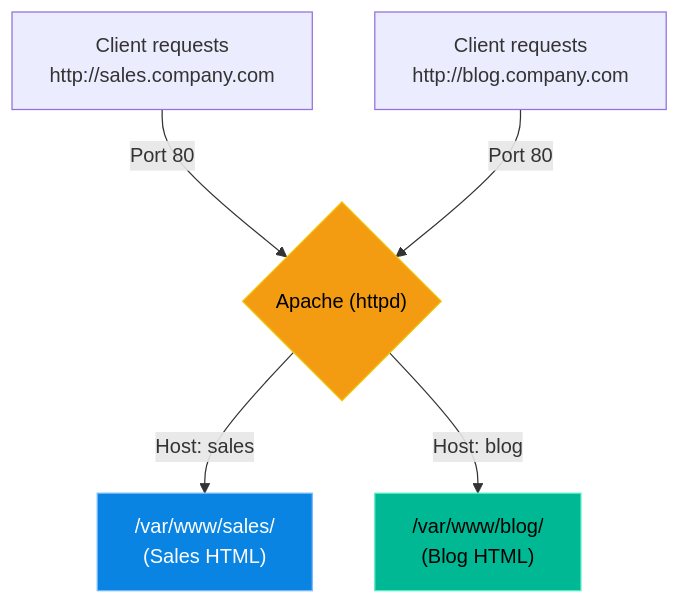
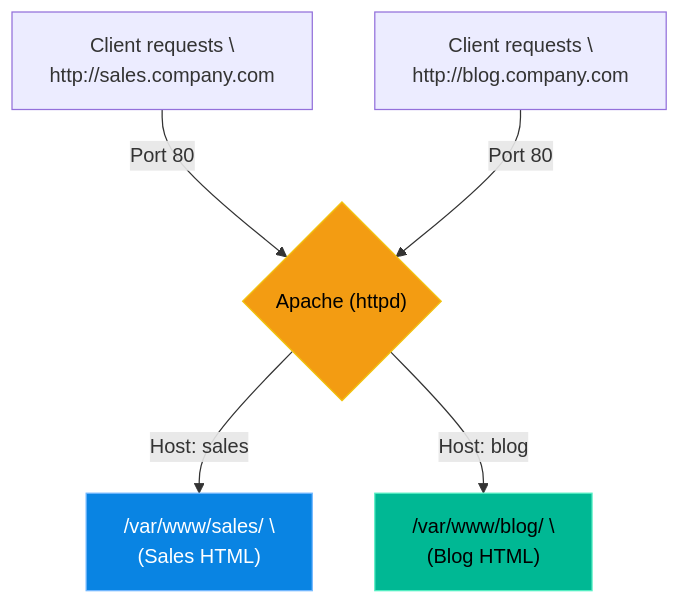
The diagram in volumes/volume-03-enterprise-linux-services/chapters/V3-C02-deploying-apache.md (laxya911/linux-support-engineer-master-handbook), drawn with Mermaid before and after one commit. The commit also changed other lines of this file and 24 other files, not shown here.

````diff
--- a/volumes/volume-03-enterprise-linux-services/chapters/V3-C02-deploying-apache.md
+++ b/volumes/volume-03-enterprise-linux-services/chapters/V3-C02-deploying-apache.md
@@ -41,12 +40,12 @@
 ```mermaid
 flowchart TD
-    A["Client requests \n http://sales.company.com"] -->|"Port 80"| B{"Apache (httpd)"}
-    C["Client requests \n http://blog.company.com"] -->|"Port 80"| B
+    A["Client requests \\n http://sales.company.com "] -->|"Port 80"| B{"Apache (httpd)"}
+    C["Client requests \\n http://blog.company.com "] -->|"Port 80"| B
     
-    B -->|"Host: sales"| D["/var/www/sales/ \n (Sales HTML)"]
-    B -->|"Host: blog"| E["/var/www/blog/ \n (Blog HTML)"]
+    B -->|"Host: sales"| D["/var/www/sales/ \\n (Sales HTML)"]
+    B -->|"Host: blog"| E["/var/www/blog/ \\n (Blog HTML)"]
     
     style B fill:#f39c12,stroke:#f1c40f,color:#000
     style D fill:#0984e3,stroke:#74b9ff,color:#fff
     style E fill:#00b894,stroke:#55efc4,color:#000
 ```
````
